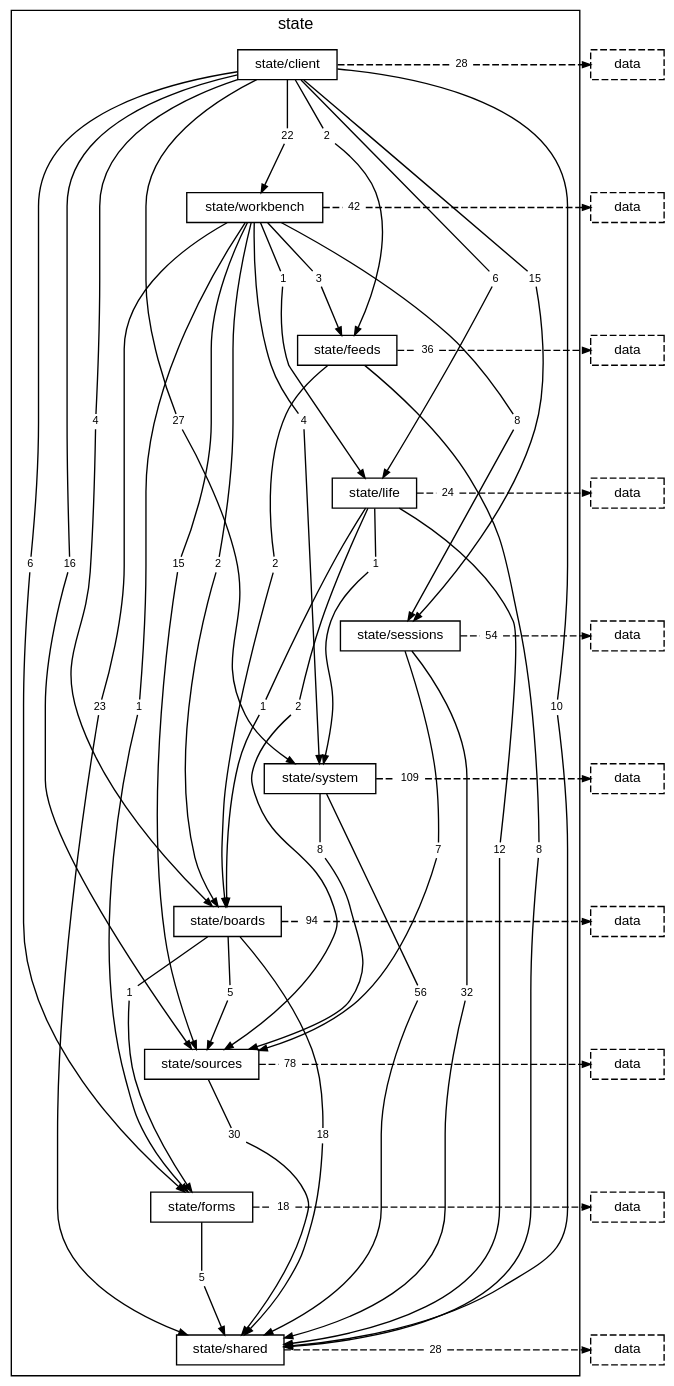
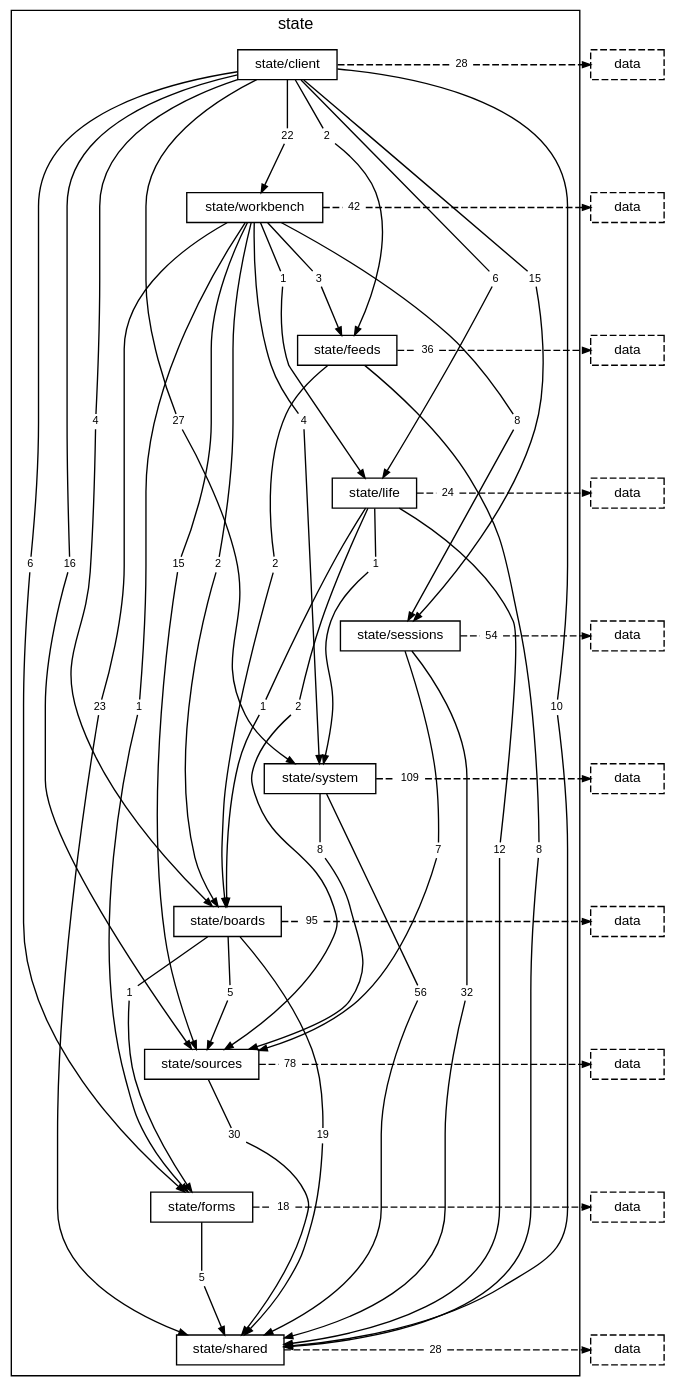
One commit to TheAxeC/oculus changed the diagram in docs/diagrams/layer-state.dot. Above: the diagram before and after it, drawn with Graphviz. The commit also changed 30 other files, not shown here.

```diff
--- a/docs/diagrams/layer-state.dot
+++ b/docs/diagrams/layer-state.dot
@@ -48,9 +48,9 @@
         "folder state/system to folder state/sources" [label="8", shape=box, color="transparent", fontsize=8, width=0, height=0, margin="0.04,0.02"];
         "folder state/system to layer data" [label="109", shape=box, color="transparent", fontsize=8, width=0, height=0, margin="0.04,0.02"];
         "folder state/boards to folder state/forms" [label="1", shape=box, color="transparent", fontsize=8, width=0, height=0, margin="0.04,0.02"];
-        "folder state/boards to folder state/shared" [label="18", shape=box, color="transparent", fontsize=8, width=0, height=0, margin="0.04,0.02"];
+        "folder state/boards to folder state/shared" [label="19", shape=box, color="transparent", fontsize=8, width=0, height=0, margin="0.04,0.02"];
         "folder state/boards to folder state/sources" [label="5", shape=box, color="transparent", fontsize=8, width=0, height=0, margin="0.04,0.02"];
-        "folder state/boards to layer data" [label="94", shape=box, color="transparent", fontsize=8, width=0, height=0, margin="0.04,0.02"];
+        "folder state/boards to layer data" [label="95", shape=box, color="transparent", fontsize=8, width=0, height=0, margin="0.04,0.02"];
         "folder state/sources to folder state/shared" [label="30", shape=box, color="transparent", fontsize=8, width=0, height=0, margin="0.04,0.02"];
         "folder state/sources to layer data" [label="78", shape=box, color="transparent", fontsize=8, width=0, height=0, margin="0.04,0.02"];
         "folder state/forms to folder state/shared" [label="5", shape=box, color="transparent", fontsize=8, width=0, height=0, margin="0.04,0.02"];
```
